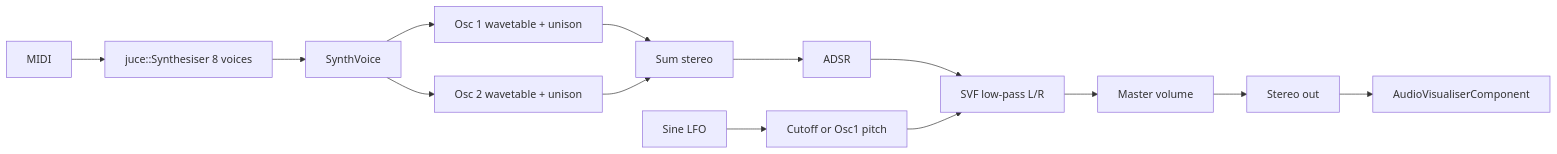
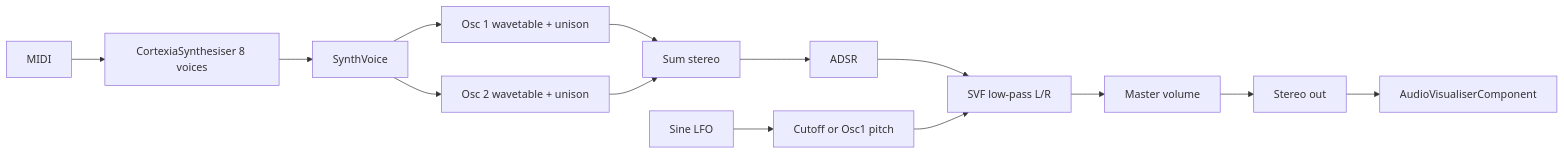
Before and after one commit to mohamed-bdira/Cortexia: the diagram in PROGRESS.md, drawn with Mermaid. The commit also changed other lines of this file and 11 other files, not shown here.

````diff
--- a/PROGRESS.md
+++ b/PROGRESS.md
@@ -56,16 +57,16 @@
 ```mermaid
 flowchart LR
-  MIDI --> Synth["juce::Synthesiser 8 voices"]
+  MIDI --> Synth["CortexiaSynthesiser 8 voices"]
   Synth --> Voice[SynthVoice]
   Voice --> Osc1["Osc 1 wavetable + unison"]
   Voice --> Osc2["Osc 2 wavetable + unison"]
   Osc1 --> Mix[Sum stereo]
   Osc2 --> Mix
   Mix --> ADSR
   ADSR --> SVF["SVF low-pass L/R"]
   LFO["Sine LFO"] --> CutoffOrPitch["Cutoff or Osc1 pitch"]
   CutoffOrPitch --> SVF
   SVF --> Master["Master volume"]
   Master --> Out[Stereo out]
   Out --> Scope["AudioVisualiserComponent"]
 ```
````
